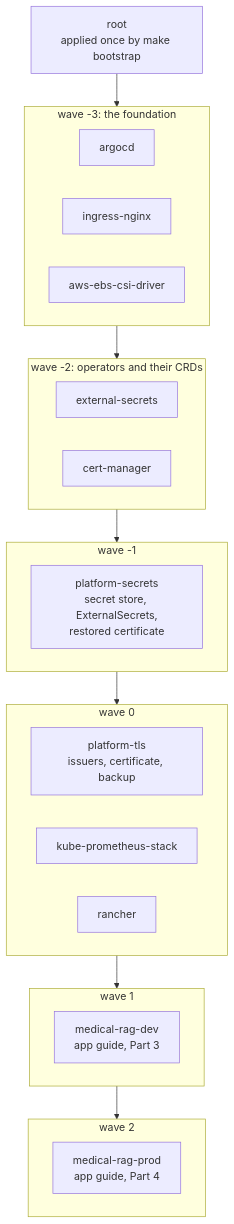
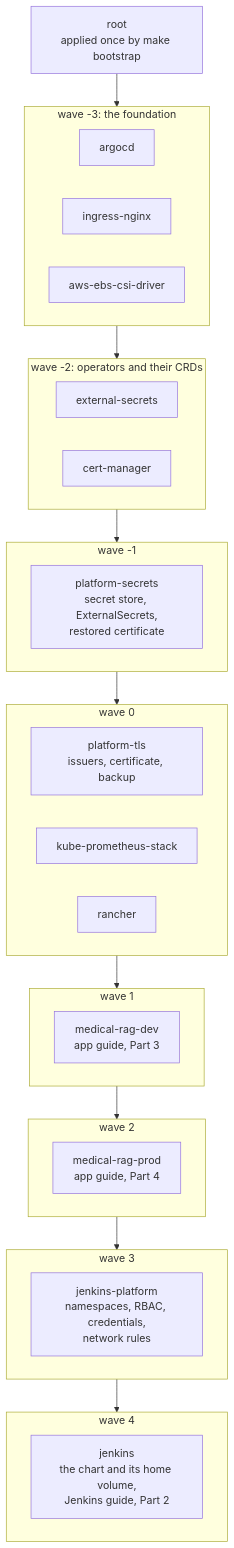
Before and after one commit to biabeogo147/Medical-RAG-Chatbot: the third of 8 diagrams in docs/gitops/README.md, drawn with Mermaid. The commit also changed other lines of this file and 11 other files, not shown here.

````diff
--- a/docs/gitops/README.md
+++ b/docs/gitops/README.md
@@ -106,30 +106,36 @@
 ```mermaid
 flowchart TB
     ROOT["root<br/>applied once by make bootstrap"]
 
     subgraph W3["wave -3: the foundation"]
         ARGO["argocd"]
         ING["ingress-nginx"]
         EBS["aws-ebs-csi-driver"]
     end
     subgraph W2["wave -2: operators and their CRDs"]
         ESO["external-secrets"]
         CM["cert-manager"]
     end
     subgraph W1["wave -1"]
         PS["platform-secrets<br/>secret store, ExternalSecrets,<br/>restored certificate"]
     end
     subgraph W0["wave 0"]
         TLS["platform-tls<br/>issuers, certificate, backup"]
         MON["kube-prometheus-stack"]
         RAN["rancher"]
     end
     subgraph WAPP1["wave 1"]
         DEVAPP["medical-rag-dev<br/>app guide, Part 3"]
     end
     subgraph WAPP2["wave 2"]
         PRODAPP["medical-rag-prod<br/>app guide, Part 4"]
     end
+    subgraph WJP["wave 3"]
+        JPLAT["jenkins-platform<br/>namespaces, RBAC, credentials,<br/>network rules"]
+    end
+    subgraph WJ["wave 4"]
+        JEN["jenkins<br/>the chart and its home volume,<br/>Jenkins guide, Part 2"]
+    end
 
-    ROOT --> W3 --> W2 --> W1 --> W0 --> WAPP1 --> WAPP2
+    ROOT --> W3 --> W2 --> W1 --> W0 --> WAPP1 --> WAPP2 --> WJP --> WJ
 ```
````
